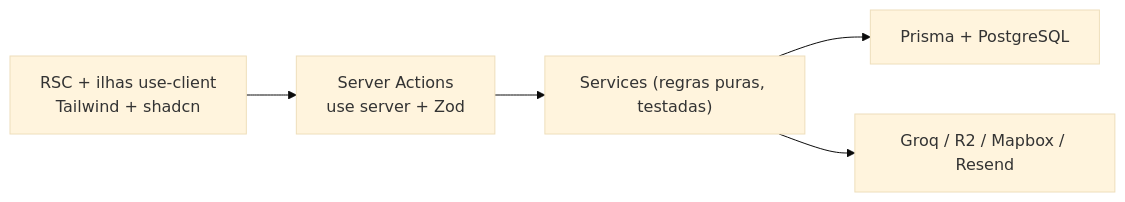
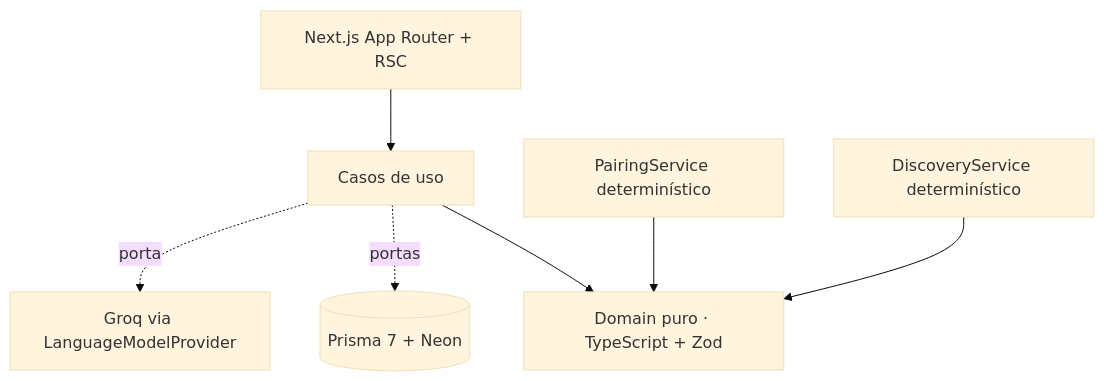
The second of 2 diagrams in README.md (MacielDouglas/MacielDouglas), drawn with Mermaid (base theme) before and after one commit. The commit also changed other lines of this file, not shown here.

````diff
--- a/README.md
+++ b/README.md
@@ -100,7 +91,9 @@
 ```mermaid
-flowchart LR
-  UI["RSC + ilhas use-client<br/>Tailwind + shadcn"] --> SA["Server Actions<br/>use server + Zod"]
-  SA --> SVC["Services (regras puras, testadas)"]
-  SVC --> DB["Prisma + PostgreSQL"]
-  SVC --> EXT["Groq / R2 / Mapbox / Resend"]
+flowchart TB
+  UI["Next.js App Router + RSC"] --> UC["Casos de uso"]
+  UC --> Domain["Domain puro · TypeScript + Zod"]
+  UC -.->|portas| DB[("Prisma 7 + Neon")]
+  UC -.->|porta| AI["Groq via LanguageModelProvider"]
+  Pairing["PairingService determinístico"] --> Domain
+  Discovery["DiscoveryService determinístico"] --> Domain
 ```
````
